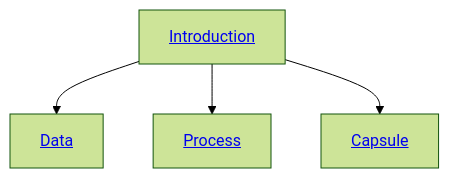
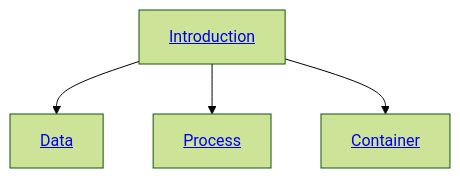
One commit to SuPyPerson/SuPyPerson.github.io changed the diagram in footer.md. Above: the diagram before and after it, drawn with Mermaid (forest theme). The commit also changed 2 other files, not shown here.

Commit message:
New types on the map, c/p is now container

````diff
--- a/footer.md
+++ b/footer.md
@@ -2,10 +2,10 @@
 ```mermaid
 graph TD
     App[<a href='index.html#README'>Introduction </a>]
     Data[<a href='index.html#data_content'>Data </a>]
     Process[<a href='index.html#info_process'>Process </a>]
-    Capsule[<a href='index.html#content_process'>Capsule </a>]
+    Capsule[<a href='index.html#content_process'>Container </a>]
     App --> Data
     App --> Process
     App --> Capsule
 ```
````
